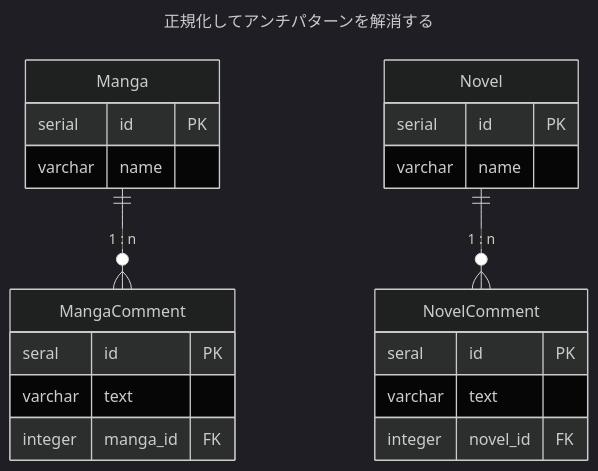
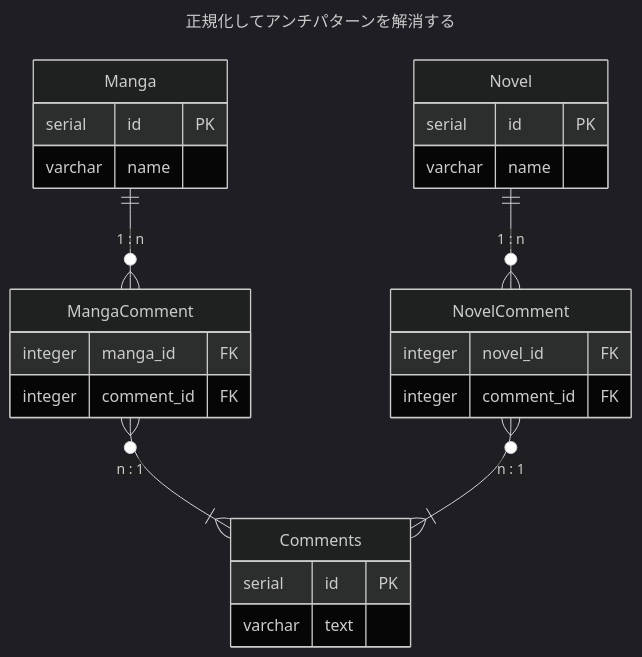
Before and after one commit to ttakuma17/til: the second of 2 diagrams in db/anti-pattern/3/2-1.md, drawn with Mermaid (dark theme). The commit also changed 1 other file, not shown here.

Commit message:
課題の整理し直し

````diff
--- a/db/anti-pattern/3/2-1.md
+++ b/db/anti-pattern/3/2-1.md
@@ -30,29 +30,35 @@
 ```mermaid
 ---
 title: 正規化してアンチパターンを解消する
 ---
 erDiagram
     Manga {
         serial id PK
         varchar name
     }
 
     MangaComment {
-        seral id PK
-        varchar text
         integer manga_id FK
+        integer comment_id FK
     }
 
     Novel {
         serial id PK
         varchar name
     }
 
     NovelComment {
-        seral id PK
+        integer novel_id FK
+        integer comment_id FK
+    }
+
+    Comments{
+        serial id PK
         varchar text
-        integer novel_id FK
     }
+
     Manga ||--o{ MangaComment: "1 : n"
+    MangaComment }o--|{ Comments: "n : 1"
     Novel ||--o{ NovelComment: "1 : n"
+    NovelComment }o--|{ Comments: "n : 1"
 ```
````
